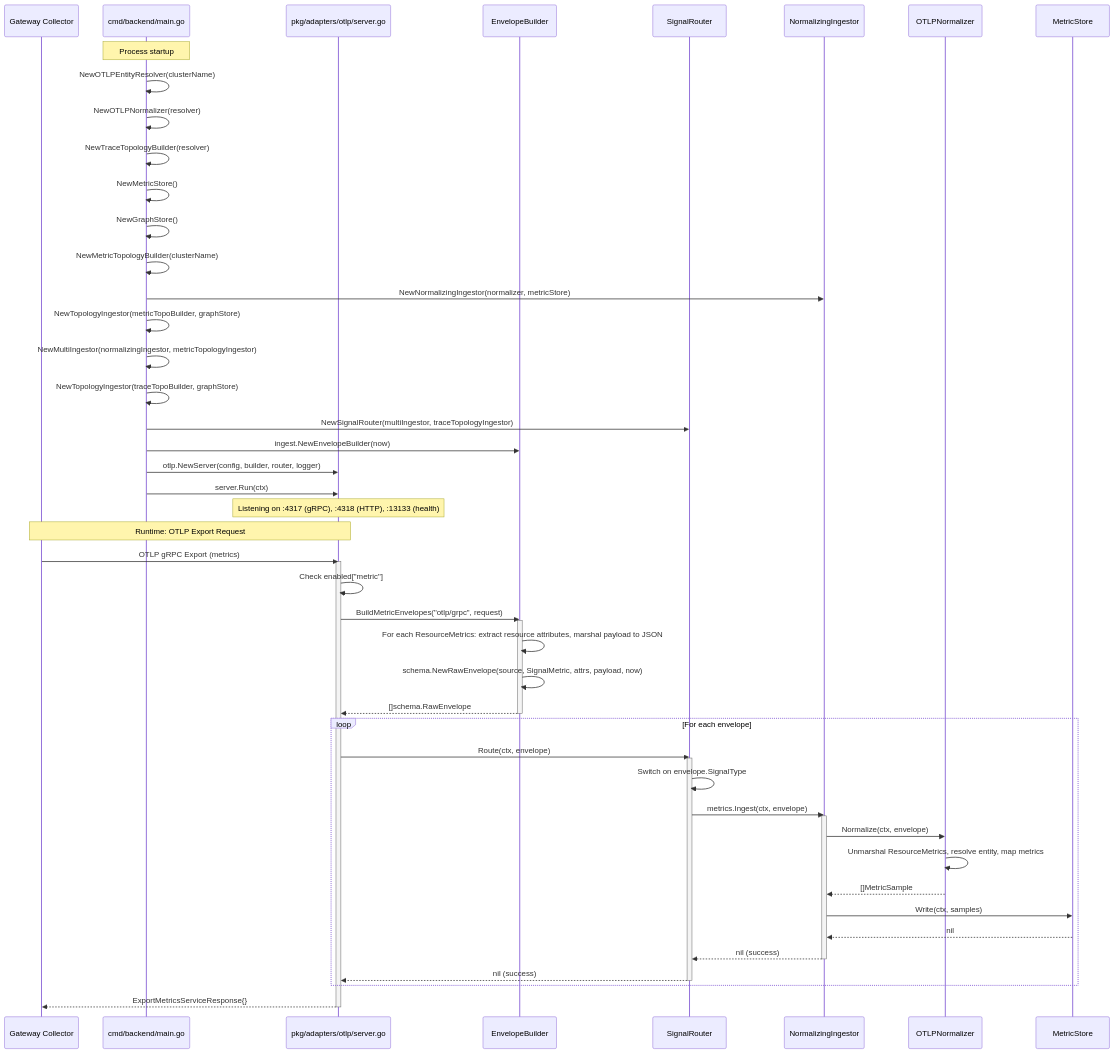
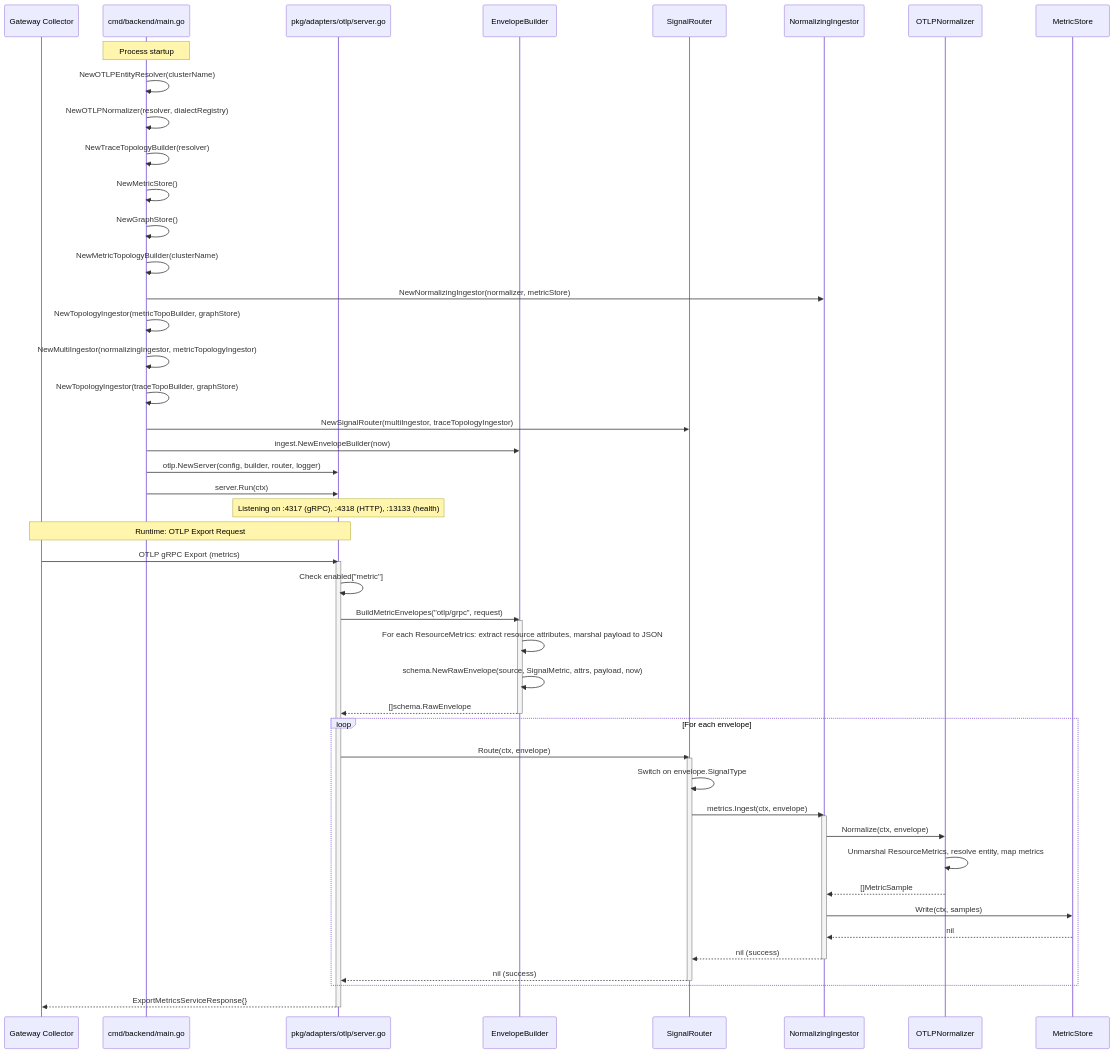
The second of 2 diagrams in docs/runtime-flow.md (erickivel/karthos), drawn with Mermaid before and after one commit. The commit also changed other lines of this file and 26 other files, not shown here.

````diff
--- a/docs/runtime-flow.md
+++ b/docs/runtime-flow.md
@@ -65,59 +65,59 @@
 ```mermaid
 sequenceDiagram
     participant Gateway as Gateway Collector
     participant Main as cmd/backend/main.go
     participant Server as pkg/adapters/otlp/server.go
     participant Builder as EnvelopeBuilder
     participant Router as SignalRouter
     participant NI as NormalizingIngestor
     participant Norm as OTLPNormalizer
     participant MS as MetricStore
 
     Note over Main: Process startup
     Main->>Main: NewOTLPEntityResolver(clusterName)
-    Main->>Main: NewOTLPNormalizer(resolver)
+    Main->>Main: NewOTLPNormalizer(resolver, dialectRegistry)
     Main->>Main: NewTraceTopologyBuilder(resolver)
     Main->>Main: NewMetricStore()
     Main->>Main: NewGraphStore()
     Main->>Main: NewMetricTopologyBuilder(clusterName)
     Main->>NI: NewNormalizingIngestor(normalizer, metricStore)
     Main->>Main: NewTopologyIngestor(metricTopoBuilder, graphStore)
     Main->>Main: NewMultiIngestor(normalizingIngestor, metricTopologyIngestor)
     Main->>Main: NewTopologyIngestor(traceTopoBuilder, graphStore)
     Main->>Router: NewSignalRouter(multiIngestor, traceTopologyIngestor)
     Main->>Builder: ingest.NewEnvelopeBuilder(now)
     Main->>Server: otlp.NewServer(config, builder, router, logger)
     Main->>Server: server.Run(ctx)
     Note over Server: Listening on :4317 (gRPC), :4318 (HTTP), :13133 (health)
 
     Note over Gateway,Server: Runtime: OTLP Export Request
     Gateway->>Server: OTLP gRPC Export (metrics)
     activate Server
     Server->>Server: Check enabled["metric"]
     Server->>Builder: BuildMetricEnvelopes("otlp/grpc", request)
     activate Builder
     Builder->>Builder: For each ResourceMetrics: extract resource attributes, marshal payload to JSON
     Builder->>Builder: schema.NewRawEnvelope(source, SignalMetric, attrs, payload, now)
     Builder-->>Server: []schema.RawEnvelope
     deactivate Builder
 
     loop For each envelope
         Server->>Router: Route(ctx, envelope)
         activate Router
         Router->>Router: Switch on envelope.SignalType
         Router->>NI: metrics.Ingest(ctx, envelope)
         activate NI
         NI->>Norm: Normalize(ctx, envelope)
         Norm->>Norm: Unmarshal ResourceMetrics, resolve entity, map metrics
         Norm-->>NI: []MetricSample
         NI->>MS: Write(ctx, samples)
         MS-->>NI: nil
         NI-->>Router: nil (success)
         deactivate NI
         Router-->>Server: nil (success)
         deactivate Router
     end
 
     Server-->>Gateway: ExportMetricsServiceResponse{}
     deactivate Server
 ```
````
